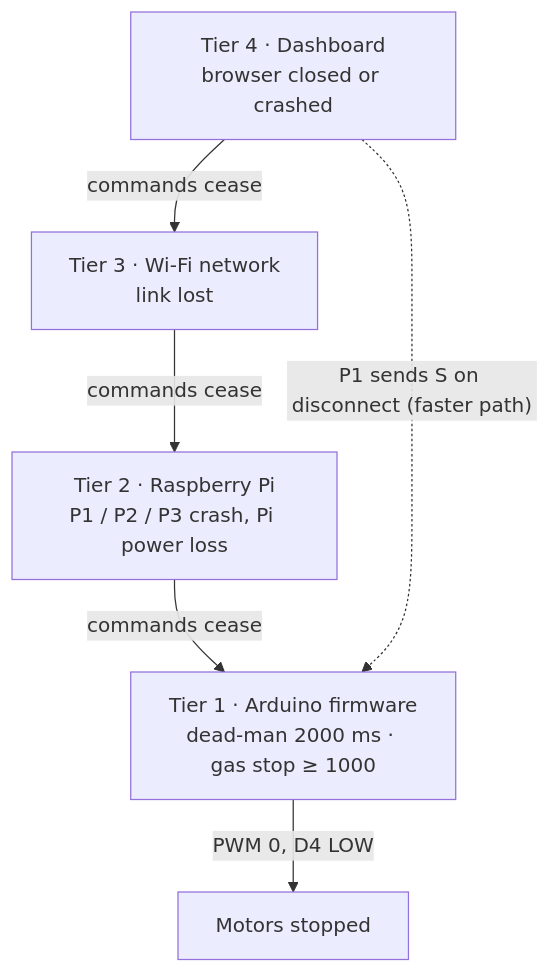
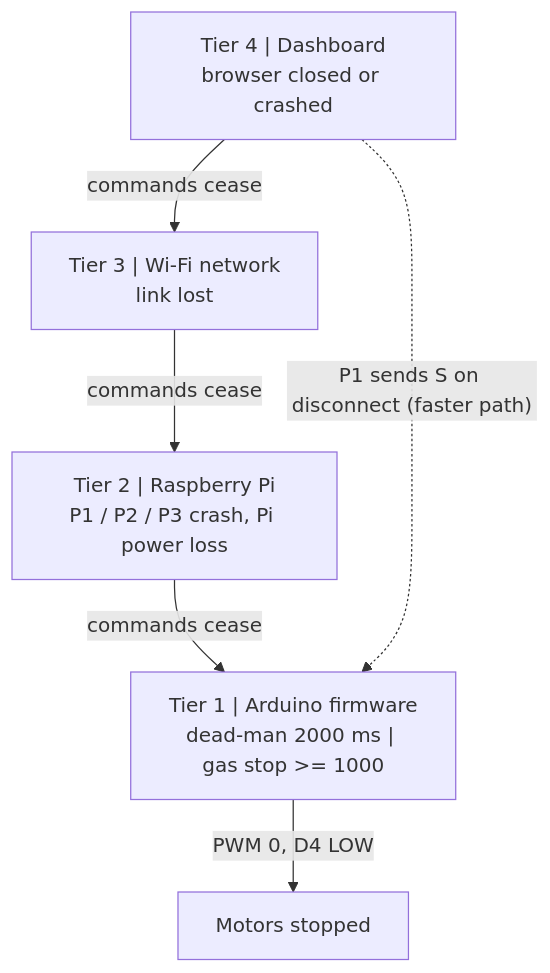
One commit to baiust999/robort-code-from-pi changed the first of 27 diagrams in research paper/section4_methodology.md. Above: the diagram before and after it, drawn with Mermaid. The commit also changed other lines of this file and 4 other files, not shown here.

````diff
--- a/research paper/section4_methodology.md
+++ b/research paper/section4_methodology.md
@@ -13,13 +13,13 @@
 ```mermaid
 flowchart TB
-  D["Tier 4 · Dashboard<br/>browser closed or crashed"]
-  W["Tier 3 · Wi-Fi network<br/>link lost"]
-  P["Tier 2 · Raspberry Pi<br/>P1 / P2 / P3 crash, Pi power loss"]
-  A["Tier 1 · Arduino firmware<br/>dead-man 2000 ms · gas stop ≥ 1000"]
+  D["Tier 4 | Dashboard<br/>browser closed or crashed"]
+  W["Tier 3 | Wi-Fi network<br/>link lost"]
+  P["Tier 2 | Raspberry Pi<br/>P1 / P2 / P3 crash, Pi power loss"]
+  A["Tier 1 | Arduino firmware<br/>dead-man 2000 ms | gas stop >= 1000"]
   M["Motors stopped"]
   D -- "commands cease" --> W
   W -- "commands cease" --> P
   P -- "commands cease" --> A
   A -- "PWM 0, D4 LOW" --> M
   D -. "P1 sends S on disconnect (faster path)" .-> A
 ```
````
